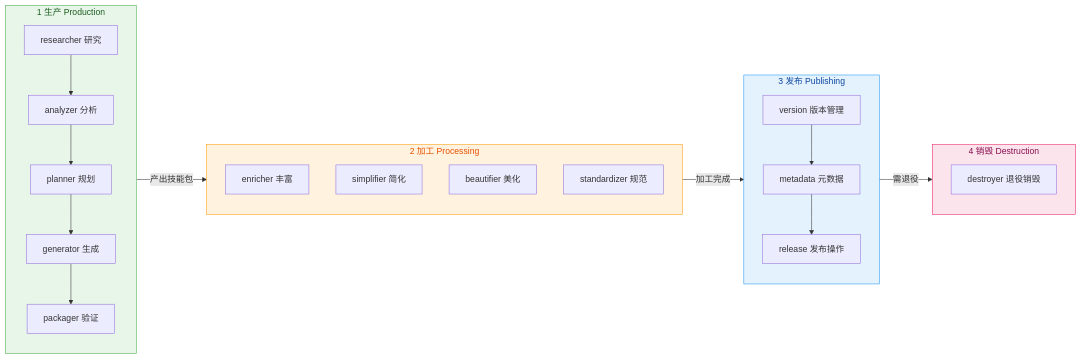
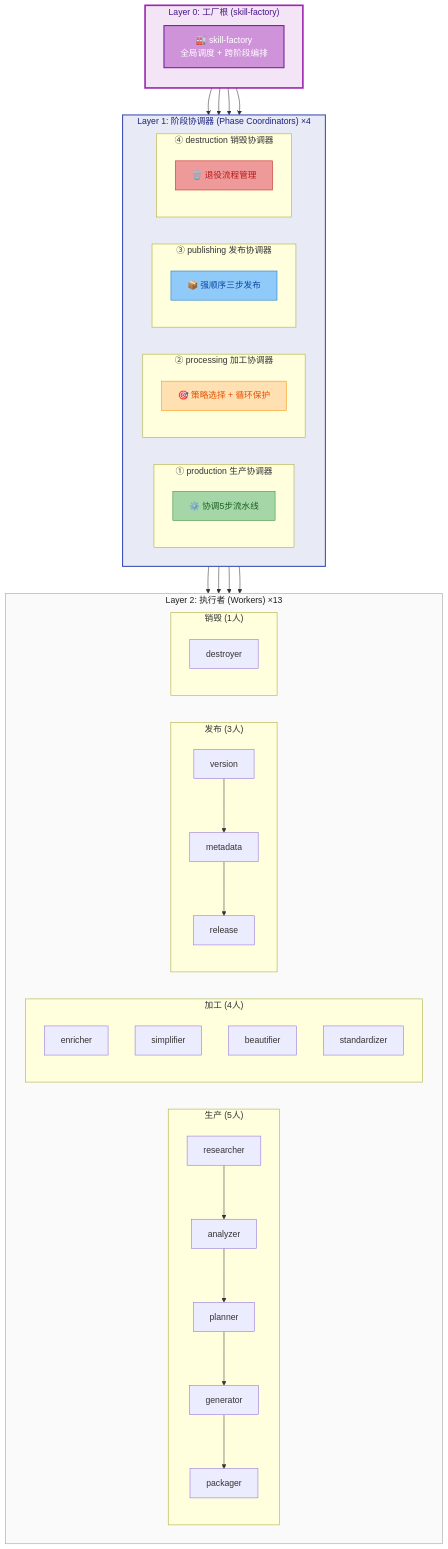
Before and after one commit to morning-start/skill-factory: the first of 10 diagrams in SKILL.md, drawn with Mermaid. The commit also changed other lines of this file and 4 other files, not shown here.

First line of the commit message:
feat(core): upgrade metadata and embed docs into coordinators

````diff
--- a/SKILL.md
+++ b/SKILL.md
@@ -31,41 +36,74 @@
 ```mermaid
-flowchart LR
-    subgraph Phase1["1 生产 Production"]
+flowchart TB
+    subgraph L0["Layer 0: 工厂根 (skill-factory)"]
         direction TB
-        P1_R[researcher 研究]
-        P1_A[analyzer 分析]
-        P1_P[planner 规划]
-        P1_G[generator 生成]
-        P1_K[packager 验证]
-        P1_R --> P1_A --> P1_P --> P1_G --> P1_K
+        ROOT["🏭 skill-factory<br/>全局调度 + 跨阶段编排"]
     end
 
-    subgraph Phase2["2 加工 Processing"]
-        direction TB
-        P2_E[enricher 丰富]
-        P2_S[simplifier 简化]
-        P2_B[beautifier 美化]
-        P2_T[standardizer 规范]
+    subgraph L1["Layer 1: 阶段协调器 (Phase Coordinators) ×4"]
+        direction LR
+        
+        subgraph PH1["① production 生产协调器"]
+            P1_C["⚙️ 协调5步流水线"]
+        end
+
+        subgraph PH2["② processing 加工协调器"]
+            P2_C["🎯 策略选择 + 循环保护"]
+        end
+
+        subgraph PH3["③ publishing 发布协调器"]
+            P3_C["📦 强顺序三步发布"]
+        end
+
+        subgraph PH4["④ destruction 销毁协调器"]
+            P4_C["🗑️ 退役流程管理"]
+        end
     end
 
-    subgraph Phase3["3 发布 Publishing"]
-        direction TB
-        P3_V[version 版本管理]
-        P3_M[metadata 元数据]
-        P3_R[release 发布操作]
-        P3_V --> P3_M --> P3_R
+    subgraph L2["Layer 2: 执行者 (Workers) ×13"]
+        direction LR
+        
+        subgraph W1["生产 (5人)"]
+            R[researcher]
+            A[analyzer]
+            PL[planner]
+            G[generator]
+            K[packager]
+            R --> A --> PL --> G --> K
+        end
+
+        subgraph W2["加工 (4人)"]
+            E[enricher]
+            S[simplifier]
+            B[beautifier]
+            ST[standardizer]
+        end
+
+        subgraph W3["发布 (3人)"]
+            V[version]
+            M[metadata]
+            RE[release]
+            V --> M --> RE
+        end
+
+        subgraph W4["销毁 (1人)"]
+            D[destroyer]
+        end
     end
 
-    subgraph Phase4["4 销毁 Destruction"]
-        P4_D[destroyer 退役销毁]
-    end
+    ROOT --> PH1 & PH2 & PH3 & PH4
+    PH1 --> W1
+    PH2 --> W2
+    PH3 --> W3
+    PH4 --> W4
 
-    Phase1 -->|产出技能包| Phase2
-    Phase2 -->|加工完成| Phase3
-    Phase3 -->|需退役| Phase4
-
-    style Phase1 fill:#e8f5e9,stroke:#4caf50,color:#1b5e20
-    style Phase2 fill:#fff3e0,stroke:#ff9800,color:#e65100
-    style Phase3 fill:#e3f2fd,stroke:#2196f3,color:#0d47a1
-    style Phase4 fill:#fce4ec,stroke:#e91e63,color:#880e4f
+    style L0 fill:#f3e5f5,stroke:#9c27b0,color:#4a148c,stroke-width:3px
+    style L1 fill:#e8eaf6,stroke:#3f51b5,color:#1a237e,stroke-width:2px
+    style L2 fill:#fafafa,stroke:#9e9e9e,color:#212121
+    
+    style ROOT fill:#ce93d8,stroke:#7b1fa2,color:#ffffff,stroke-width:2px
+    style P1_C fill:#a5d6a7,stroke:#388e3c,color:#1b5e20
+    style P2_C fill:#ffe0b2,stroke:#fb8c00,color:#e65100
+    style P3_C fill:#90caf9,stroke:#1976d2,color:#0d47a1
+    style P4_C fill:#ef9a9a,stroke:#c62828,color:#b71c1c
 ```
````
